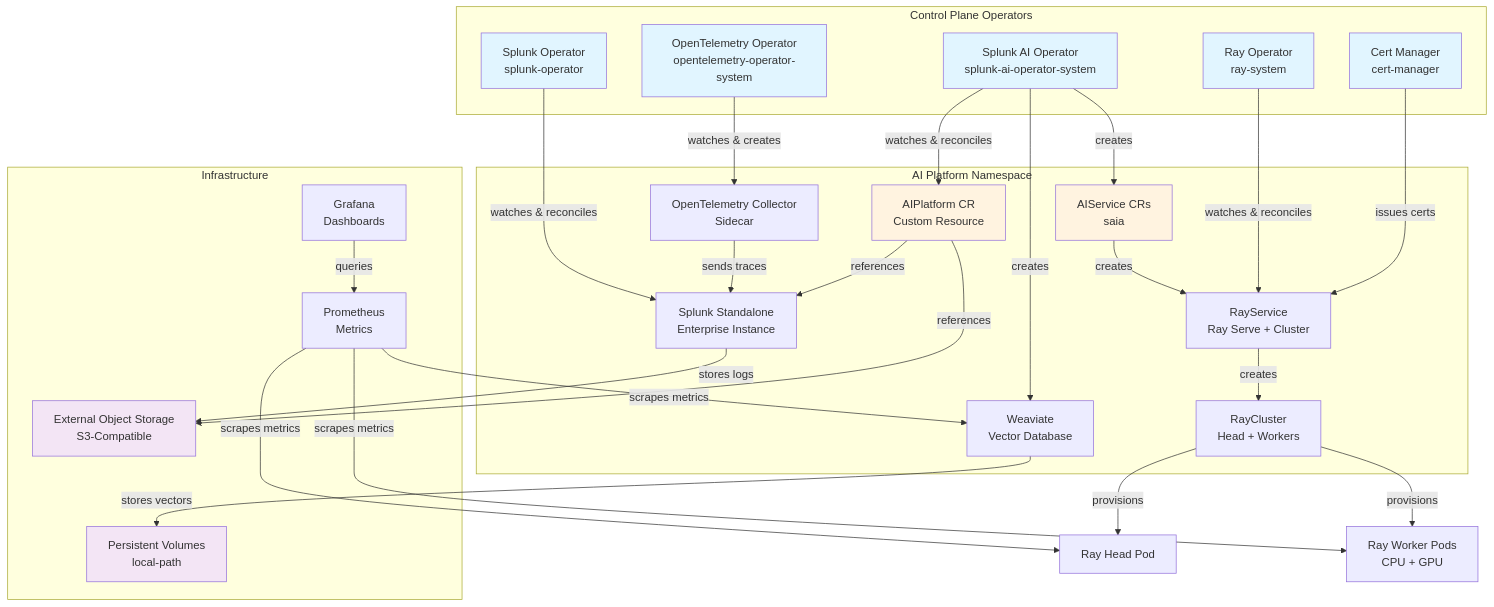
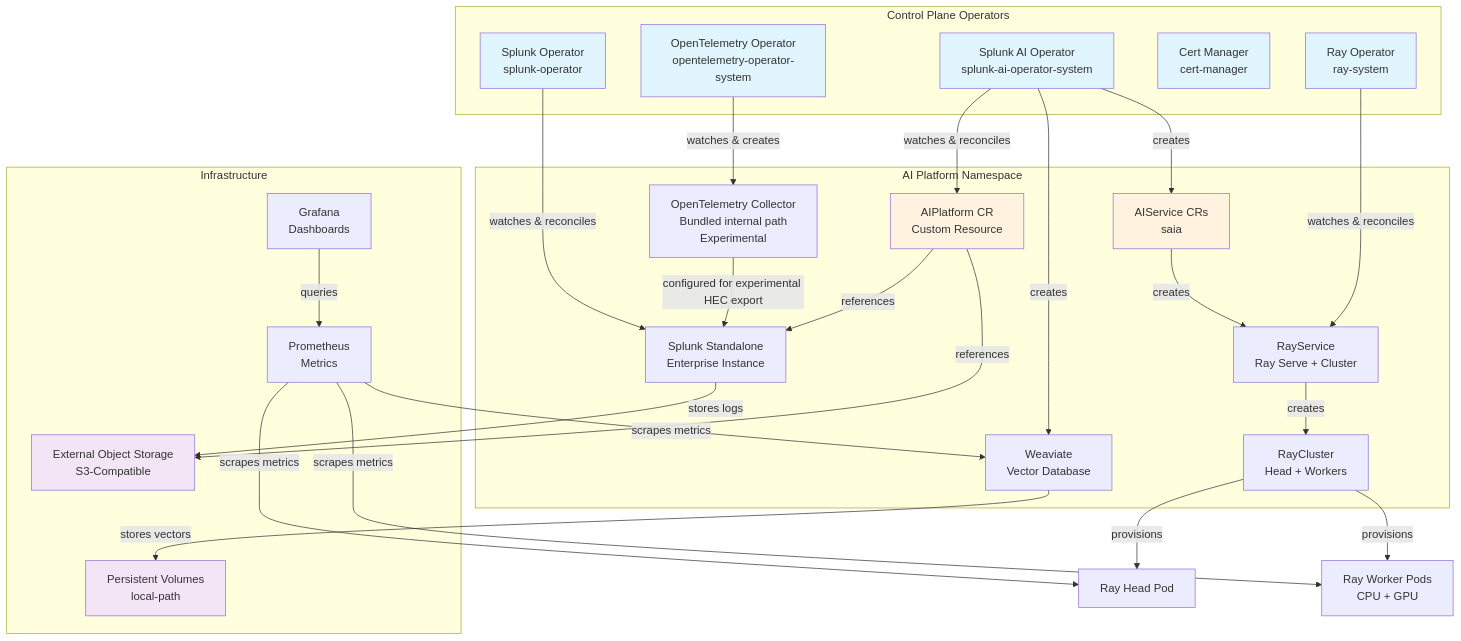
One commit to splunk/splunk-ai-operator changed the diagram in tools/cluster_setup/K0S_README.md. Above: the diagram before and after it, drawn with Mermaid. The commit also changed other lines of this file and 6 other files, not shown here.

````diff
--- a/tools/cluster_setup/K0S_README.md
+++ b/tools/cluster_setup/K0S_README.md
@@ -950,63 +953,61 @@
 ```mermaid
 graph TB
     subgraph "Control Plane Operators"
         AIOP[Splunk AI Operator<br/>splunk-ai-operator-system]
         SPLOP[Splunk Operator<br/>splunk-operator]
         RAYOP[Ray Operator<br/>ray-system]
         CERTMGR[Cert Manager<br/>cert-manager]
         OTELOP[OpenTelemetry Operator<br/>opentelemetry-operator-system]
     end
 
     subgraph "AI Platform Namespace"
         AIPLATFORM[AIPlatform CR<br/>Custom Resource]
         AISERVICE[AIService CRs<br/>saia]
         RAYSERVICE[RayService<br/>Ray Serve + Cluster]
         RAYCLUSTER[RayCluster<br/>Head + Workers]
         WEAVIATE[Weaviate<br/>Vector Database]
         SPLUNK[Splunk Standalone<br/>Enterprise Instance]
-        OTELCOL[OpenTelemetry Collector<br/>Sidecar]
+        OTELCOL[OpenTelemetry Collector<br/>Bundled internal path<br/>Experimental]
     end
 
     subgraph "Infrastructure"
         OBJSTORE[External Object Storage<br/>S3-Compatible]
         PROMETHEUS[Prometheus<br/>Metrics]
         GRAFANA[Grafana<br/>Dashboards]
         STORAGE[Persistent Volumes<br/>local-path]
     end
 
     AIOP -->|watches & reconciles| AIPLATFORM
     AIOP -->|creates| AISERVICE
     AIOP -->|creates| WEAVIATE
     AISERVICE -->|creates| RAYSERVICE
     RAYOP -->|watches & reconciles| RAYSERVICE
     RAYSERVICE -->|creates| RAYCLUSTER
     RAYCLUSTER -->|provisions| RAYHEAD[Ray Head Pod]
     RAYCLUSTER -->|provisions| RAYWORKER[Ray Worker Pods<br/>CPU + GPU]
 
     SPLOP -->|watches & reconciles| SPLUNK
     SPLUNK -->|stores logs| OBJSTORE
 
-    CERTMGR -->|issues certs| RAYSERVICE
-
     OTELOP -->|watches & creates| OTELCOL
-    OTELCOL -->|sends traces| SPLUNK
+    OTELCOL -->|configured for experimental HEC export| SPLUNK
 
     AIPLATFORM -->|references| OBJSTORE
     AIPLATFORM -->|references| SPLUNK
     WEAVIATE -->|stores vectors| STORAGE
 
     PROMETHEUS -->|scrapes metrics| RAYHEAD
     PROMETHEUS -->|scrapes metrics| RAYWORKER
     PROMETHEUS -->|scrapes metrics| WEAVIATE
     GRAFANA -->|queries| PROMETHEUS
 
     style AIOP fill:#e1f5ff
     style SPLOP fill:#e1f5ff
     style RAYOP fill:#e1f5ff
     style CERTMGR fill:#e1f5ff
     style OTELOP fill:#e1f5ff
     style AIPLATFORM fill:#fff3e0
     style AISERVICE fill:#fff3e0
     style OBJSTORE fill:#f3e5f5
     style STORAGE fill:#f3e5f5
 ```
````
